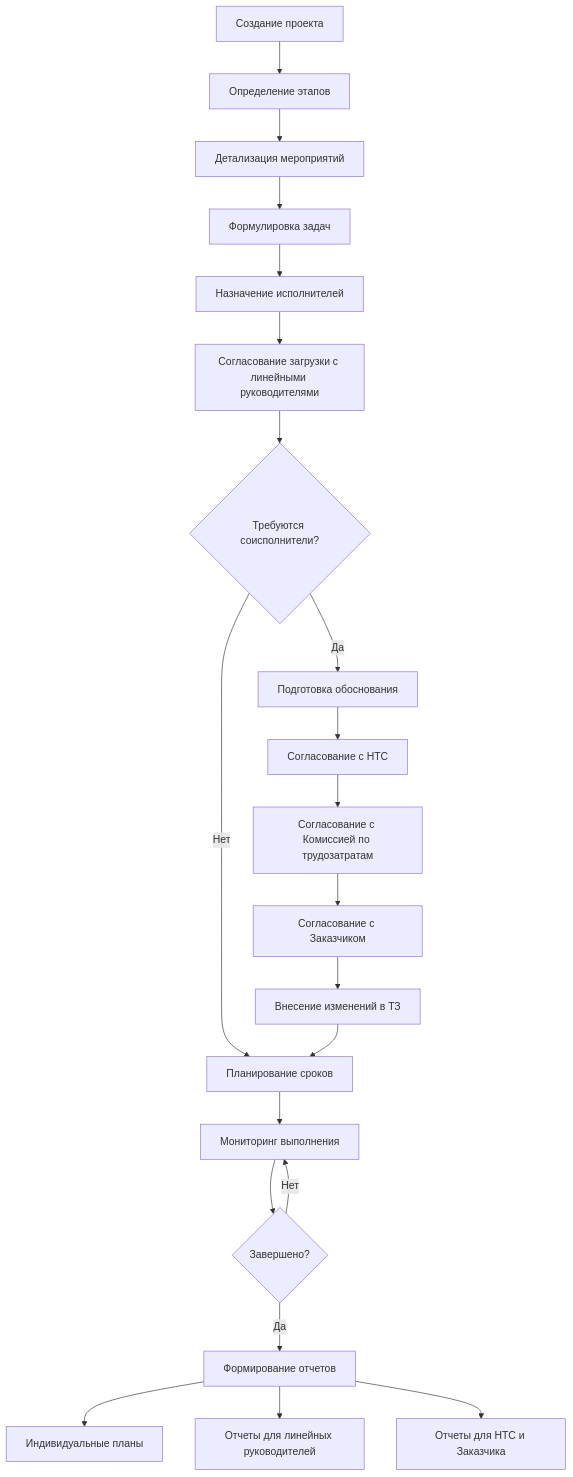
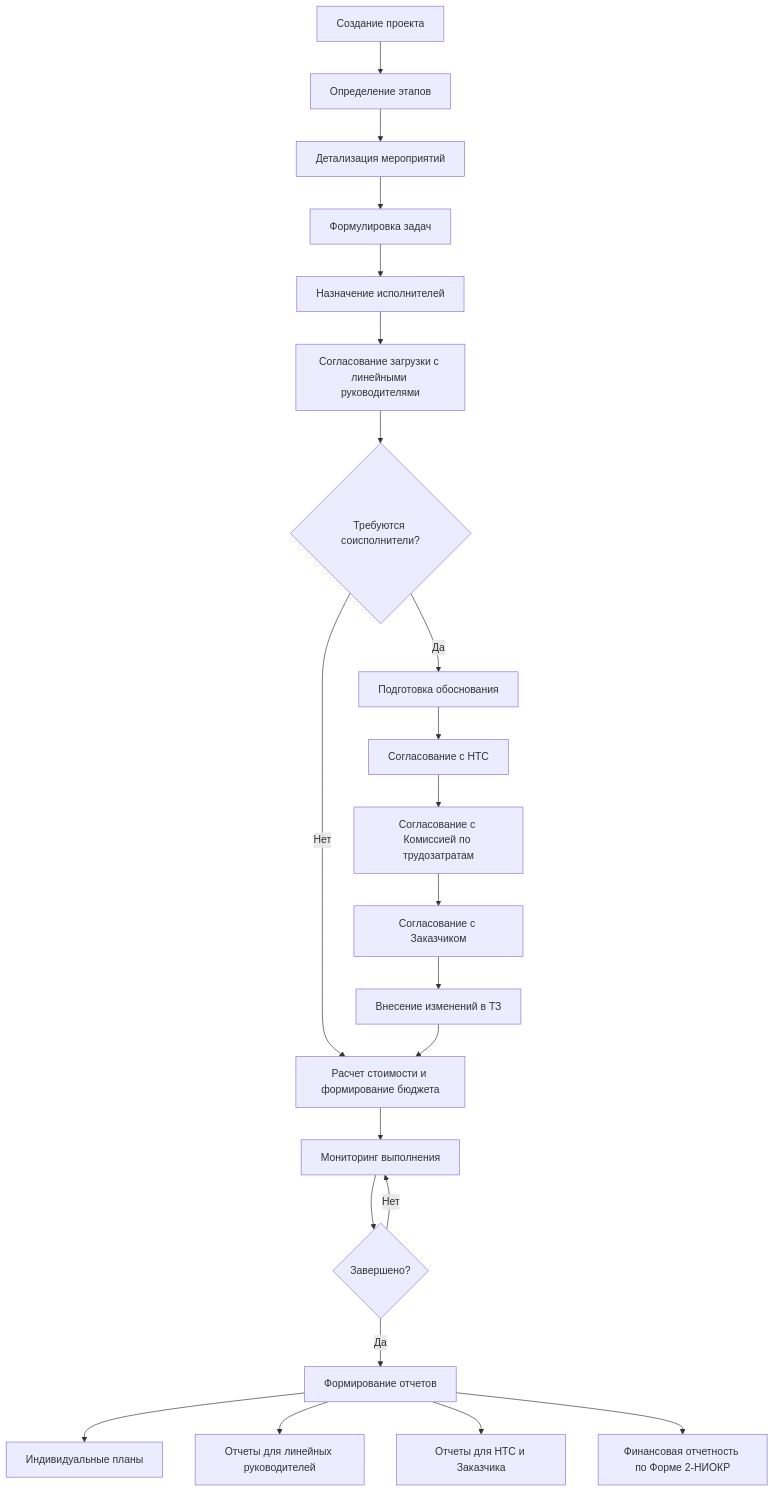
Before and after one commit to Hildbjorn/SciMaster: the second of 3 diagrams in README.md, drawn with Mermaid. The commit also changed other lines of this file, not shown here.

````diff
--- a/README.md
+++ b/README.md
@@ -70,23 +93,24 @@
 ```mermaid
 graph TD
-    A[Создание проекта] --> B[Определение этапов];
-    B --> C[Детализация мероприятий];
-    C --> D[Формулировка задач];
-    D --> E[Назначение исполнителей];
-    E --> F[Согласование загрузки с линейными руководителями];
-    F --> G{Требуются соисполнители?};
-    G -->|Да| H[Подготовка обоснования];
-    H --> I[Согласование с НТС];
-    I --> J[Согласование с Комиссией по трудозатратам];
-    J --> K[Согласование с Заказчиком];
-    K --> L[Внесение изменений в ТЗ];
-    G -->|Нет| M[Планирование сроков];
-    L --> M;
-    M --> N[Мониторинг выполнения];
-    N --> O{Завершено?};
-    O -->|Нет| N;
-    O -->|Да| P[Формирование отчетов];
-    P --> Q[Индивидуальные планы];
-    P --> R[Отчеты для линейных руководителей];
-    P --> S[Отчеты для НТС и Заказчика];
+    A[Создание проекта] --> B[Определение этапов]
+    B --> C[Детализация мероприятий]
+    C --> D[Формулировка задач]
+    D --> E[Назначение исполнителей]
+    E --> F[Согласование загрузки с линейными руководителями]
+    F --> G{Требуются соисполнители?}
+    G -->|Да| H[Подготовка обоснования]
+    H --> I[Согласование с НТС]
+    I --> J[Согласование с Комиссией по трудозатратам]
+    J --> K[Согласование с Заказчиком]
+    K --> L[Внесение изменений в ТЗ]
+    G -->|Нет| M[Расчет стоимости и формирование бюджета]
+    L --> M
+    M --> N[Мониторинг выполнения]
+    N --> O{Завершено?}
+    O -->|Нет| N
+    O -->|Да| P[Формирование отчетов]
+    P --> Q[Индивидуальные планы]
+    P --> R[Отчеты для линейных руководителей]
+    P --> S[Отчеты для НТС и Заказчика]
+    P --> T[Финансовая отчетность по Форме 2-НИОКР]
 ```
````
